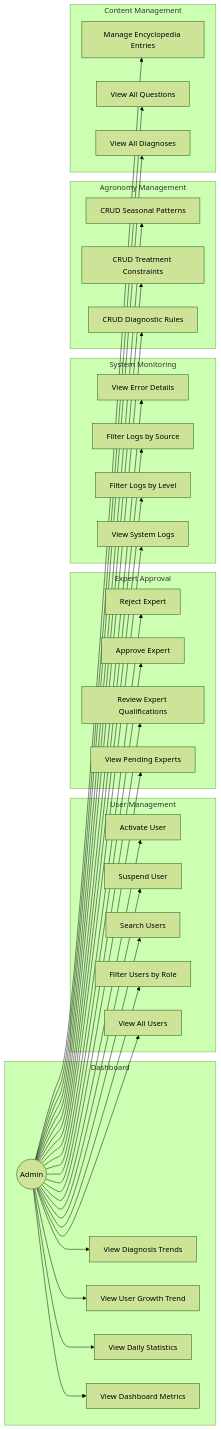
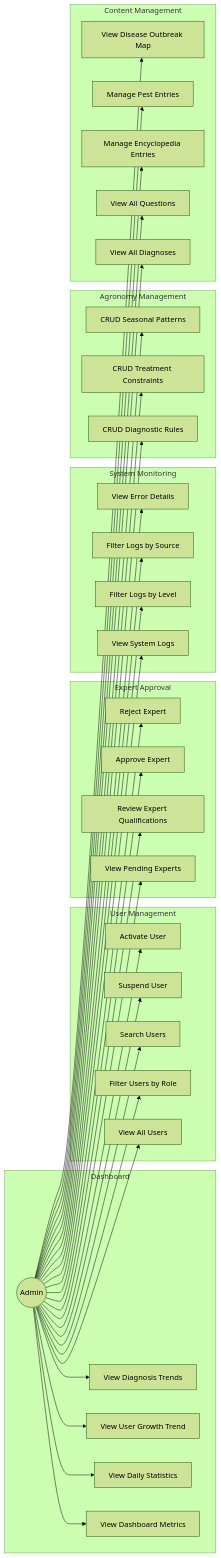
The fourth of 4 diagrams in docs/diagrams/use_case_diagram.md (akshayks13/AI-Crop-Disease-Diagnosis-System), drawn with Mermaid (forest theme) before and after one commit. The commit also changed other lines of this file and 9 other files, not shown here.

````diff
--- a/docs/diagrams/use_case_diagram.md
+++ b/docs/diagrams/use_case_diagram.md
@@ -181,45 +190,47 @@
 ```mermaid
 graph LR
     A((Admin))
     
     subgraph "Dashboard"
         A --> AU1[View Dashboard Metrics]
         A --> AU2[View Daily Statistics]
         A --> AU3[View User Growth Trend]
         A --> AU4[View Diagnosis Trends]
     end
     
     subgraph "User Management"
         A --> AU10[View All Users]
         A --> AU11[Filter Users by Role]
         A --> AU12[Search Users]
         A --> AU13[Suspend User]
         A --> AU14[Activate User]
     end
     
     subgraph "Expert Approval"
         A --> AU20[View Pending Experts]
         A --> AU21[Review Expert Qualifications]
         A --> AU22[Approve Expert]
         A --> AU23[Reject Expert]
     end
     
     subgraph "System Monitoring"
         A --> AU30[View System Logs]
         A --> AU31[Filter Logs by Level]
         A --> AU32[Filter Logs by Source]
         A --> AU33[View Error Details]
     end
     
     subgraph "Agronomy Management"
         A --> AU40[CRUD Diagnostic Rules]
         A --> AU41[CRUD Treatment Constraints]
         A --> AU42[CRUD Seasonal Patterns]
     end
     
     subgraph "Content Management"
         A --> AU50[View All Diagnoses]
         A --> AU51[View All Questions]
         A --> AU52[Manage Encyclopedia Entries]
+        A --> AU53[Manage Pest Entries]
+        A --> AU54[View Disease Outbreak Map]
     end
 ```
````
